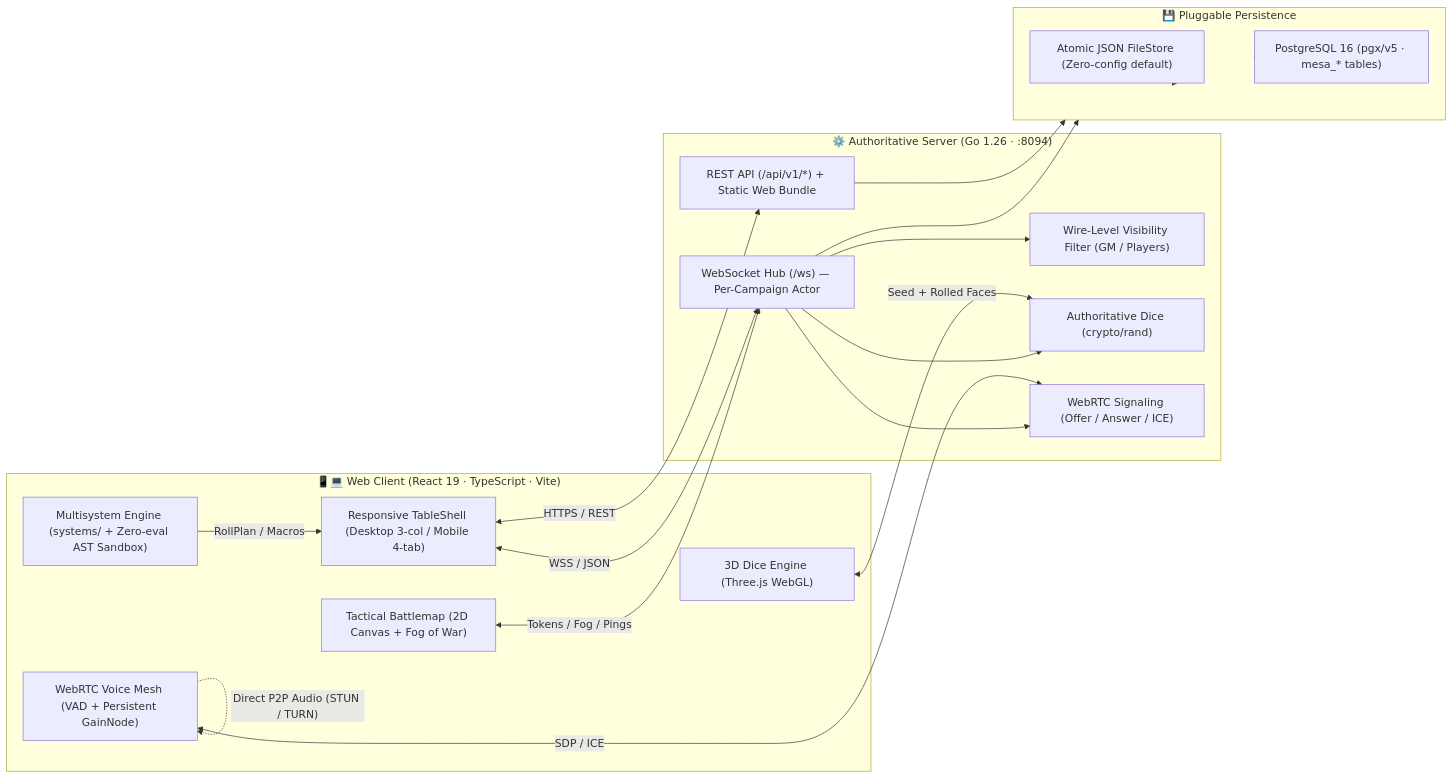
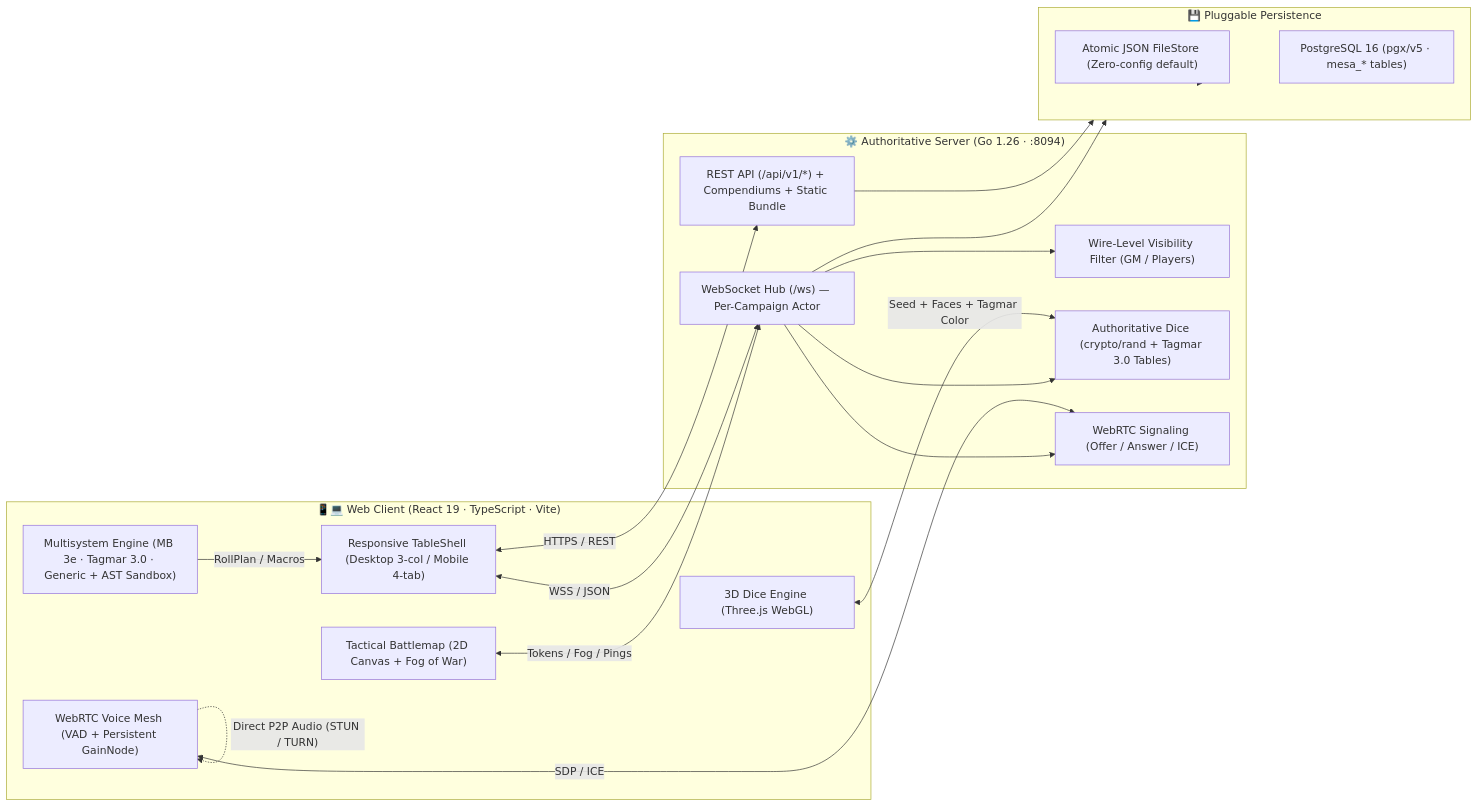
One commit to chadvictor/mesa-vtt changed the diagram in README.en.md. Above: the diagram before and after it, drawn with Mermaid. The commit also changed other lines of this file and 51 other files, not shown here.

Commit message:
feat(tagmar): add complete Tagmar 3.0 + expansions system, Resolution/Resistance tables, wizard, compendium & CC BY-NC-SA 3.0 BR notice

````diff
--- a/README.en.md
+++ b/README.en.md
@@ -115,39 +163,39 @@
 ```mermaid
 flowchart LR
     subgraph Client["📱💻 Web Client (React 19 · TypeScript · Vite)"]
         UI["Responsive TableShell (Desktop 3-col / Mobile 4-tab)"]
         Dice["3D Dice Engine (Three.js WebGL)"]
         Map["Tactical Battlemap (2D Canvas + Fog of War)"]
-        Sys["Multisystem Engine (systems/ + Zero-eval AST Sandbox)"]
+        Sys["Multisystem Engine (MB 3e · Tagmar 3.0 · Generic + AST Sandbox)"]
         Voice["WebRTC Voice Mesh (VAD + Persistent GainNode)"]
     end
 
     subgraph Server["⚙️ Authoritative Server (Go 1.26 · :8094)"]
-        API["REST API (/api/v1/*) + Static Web Bundle"]
+        API["REST API (/api/v1/*) + Compendiums + Static Bundle"]
         Hub["WebSocket Hub (/ws) — Per-Campaign Actor"]
         Sec["Wire-Level Visibility Filter (GM / Players)"]
-        RNG["Authoritative Dice (crypto/rand)"]
+        RNG["Authoritative Dice (crypto/rand + Tagmar 3.0 Tables)"]
         Sig["WebRTC Signaling (Offer / Answer / ICE)"]
     end
 
     subgraph Storage["💾 Pluggable Persistence"]
         JSON["Atomic JSON FileStore (Zero-config default)"]
         PG["PostgreSQL 16 (pgx/v5 · mesa_* tables)"]
     end
 
     UI <-->|"HTTPS / REST"| API
     UI <-->|"WSS / JSON"| Hub
-    Dice <-->|"Seed + Rolled Faces"| RNG
+    Dice <-->|"Seed + Faces + Tagmar Color"| RNG
     Map <-->|"Tokens / Fog / Pings"| Hub
     Sys -->|"RollPlan / Macros"| UI
     Voice <-->|"SDP / ICE"| Sig
     Voice -.->|"Direct P2P Audio (STUN / TURN)"| Voice
 
     Hub --> Sec
     Hub --> RNG
     Hub --> Sig
     API --> Storage
     Hub --> Storage
     Storage --> JSON
     Storage --> PG
 ```
````
